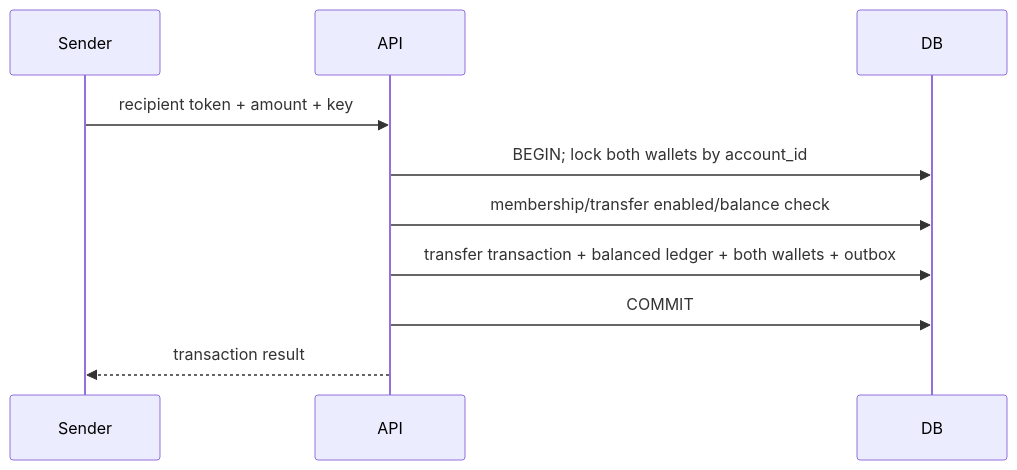
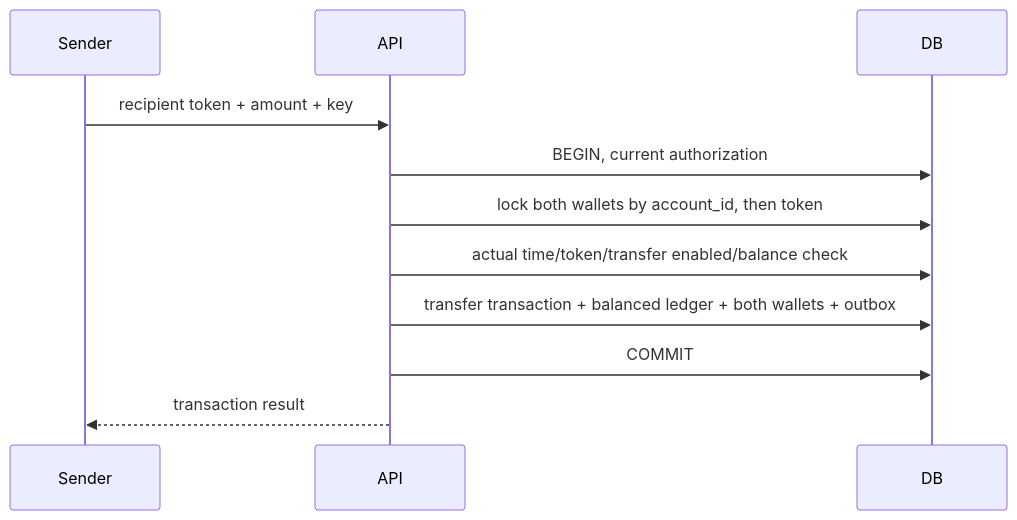
Before and after one commit to fespay-team/fespay: the seventh of 11 diagrams in docs/design/detailed-design.md, drawn with Mermaid. The commit also changed other lines of this file and 8 other files, not shown here.

````diff
--- a/docs/design/detailed-design.md
+++ b/docs/design/detailed-design.md
@@ -467,12 +570,13 @@
 ```mermaid
 sequenceDiagram
   participant S as Sender
   participant API
   participant DB
   S->>API: recipient token + amount + key
-  API->>DB: BEGIN#59; lock both wallets by account_id
-  API->>DB: membership/transfer enabled/balance check
+  API->>DB: BEGIN, current authorization
+  API->>DB: lock both wallets by account_id, then token
+  API->>DB: actual time/token/transfer enabled/balance check
   API->>DB: transfer transaction + balanced ledger + both wallets + outbox
   API->>DB: COMMIT
   API-->>S: transaction result
 ```
````
